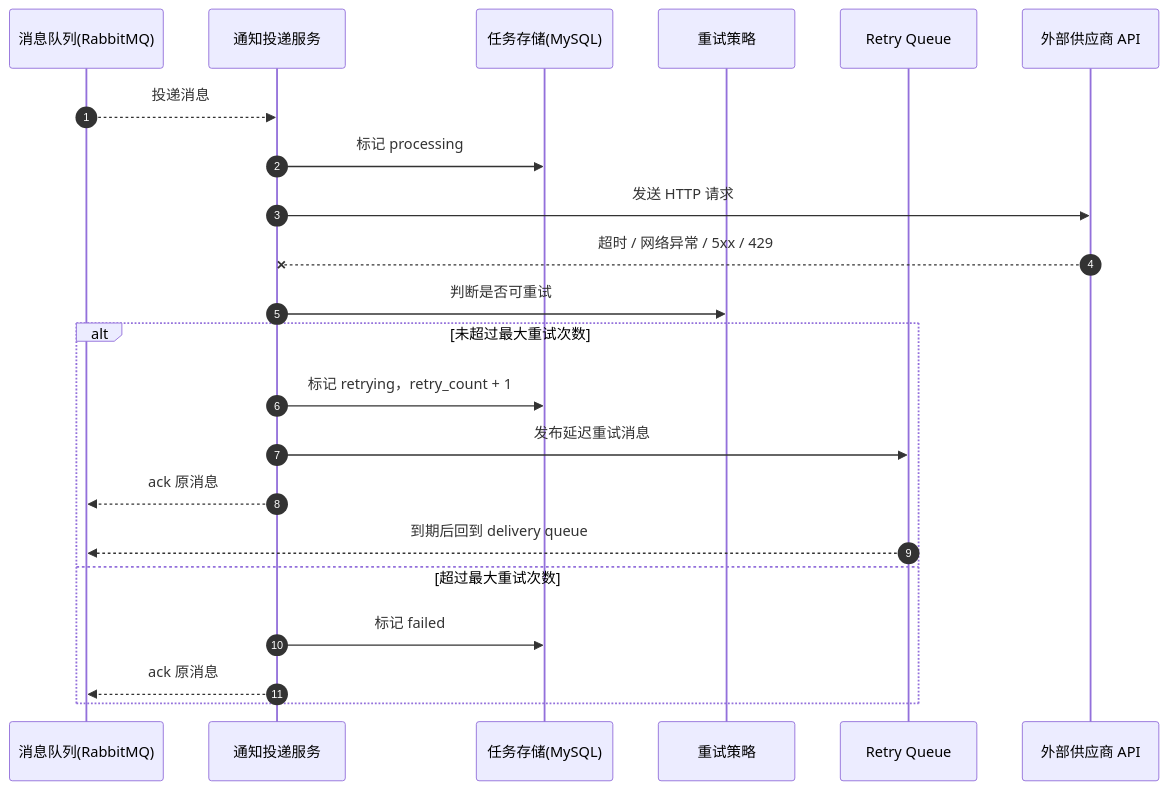
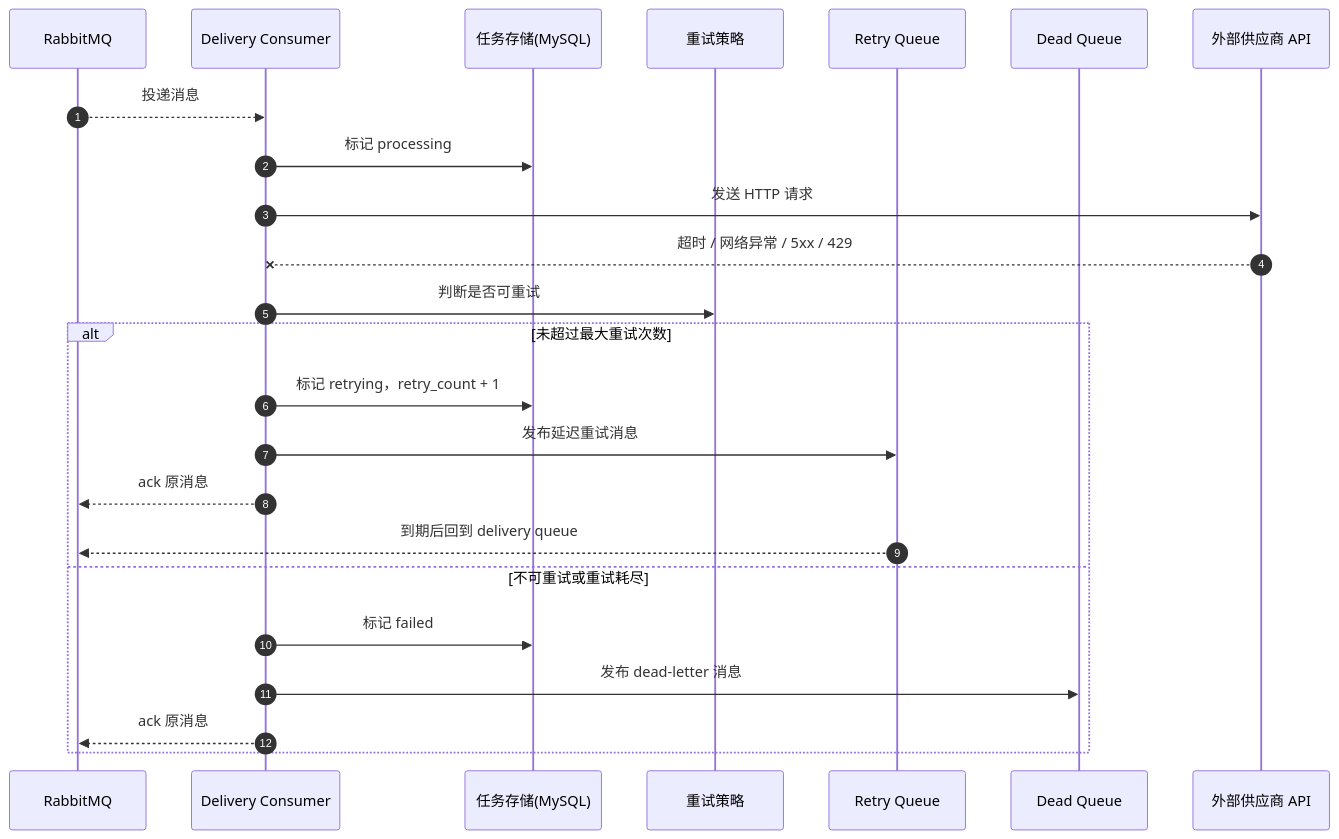
One commit to wuqiaohua/rc_wuqiaohua changed the third of 5 diagrams in README.md. Above: the diagram before and after it, drawn with Mermaid. The commit also changed other lines of this file and 35 other files, not shown here.

````diff
--- a/README.md
+++ b/README.md
@@ -136,26 +113,28 @@
 ```mermaid
 sequenceDiagram
     autonumber
-    participant MQ as 消息队列(RabbitMQ)
-    participant W as 通知投递服务
+    participant MQ as RabbitMQ
+    participant W as Delivery Consumer
     participant Store as 任务存储(MySQL)
     participant R as 重试策略
     participant RetryQ as Retry Queue
+    participant DeadQ as Dead Queue
     participant V as 外部供应商 API
 
     MQ-->>W: 投递消息
     W->>Store: 标记 processing
     W->>V: 发送 HTTP 请求
     V--x W: 超时 / 网络异常 / 5xx / 429
     W->>R: 判断是否可重试
 
     alt 未超过最大重试次数
         W->>Store: 标记 retrying，retry_count + 1
         W->>RetryQ: 发布延迟重试消息
         W-->>MQ: ack 原消息
         RetryQ-->>MQ: 到期后回到 delivery queue
-    else 超过最大重试次数
+    else 不可重试或重试耗尽
         W->>Store: 标记 failed
+        W->>DeadQ: 发布 dead-letter 消息
         W-->>MQ: ack 原消息
     end
 ```
````
